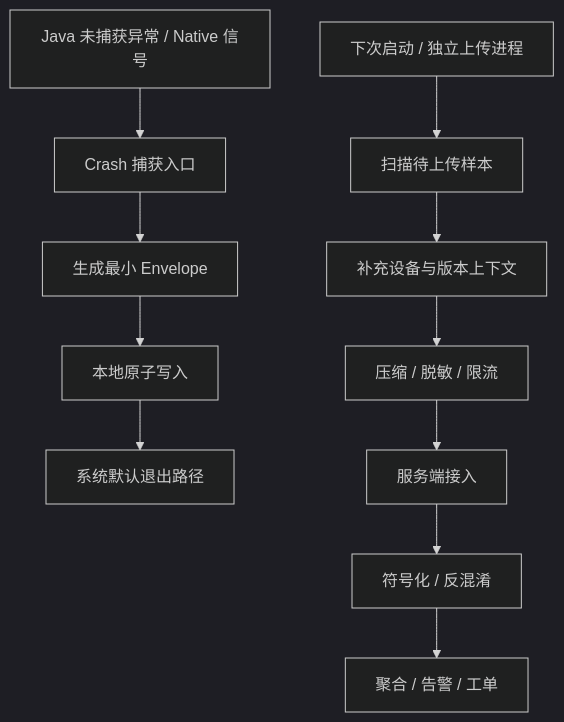
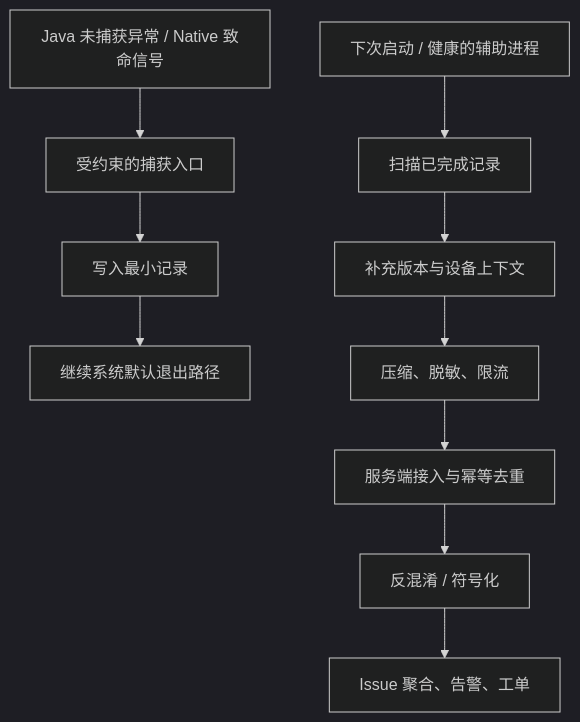
The diagram in src/part5-app/ch26-observability/02-crash-reporting.md (Gracker/android-internals-wiki), drawn with Mermaid (dark theme) before and after one commit. The commit also changed other lines of this file, not shown here.

Commit message:
docs(ch26): correct Android 17 crash reporting boundaries

````diff
--- a/src/part5-app/ch26-observability/02-crash-reporting.md
+++ b/src/part5-app/ch26-observability/02-crash-reporting.md
@@ -110,13 +111,12 @@
 ```mermaid
 flowchart TD
-  A[Java 未捕获异常 / Native 信号] --> B[Crash 捕获入口]
-  B --> C[生成最小 Envelope]
-  C --> D[本地原子写入]
-  D --> E[系统默认退出路径]
-  F[下次启动 / 独立上传进程] --> G[扫描待上传样本]
-  G --> H[补充设备与版本上下文]
-  H --> I[压缩 / 脱敏 / 限流]
-  I --> J[服务端接入]
-  J --> K[符号化 / 反混淆]
-  K --> L[聚合 / 告警 / 工单]
+  A["Java 未捕获异常 / Native 致命信号"] --> B["受约束的捕获入口"]
+  B --> C["写入最小记录"]
+  C --> D["继续系统默认退出路径"]
+  E["下次启动 / 健康的辅助进程"] --> F["扫描已完成记录"]
+  F --> G["补充版本与设备上下文"]
+  G --> H["压缩、脱敏、限流"]
+  H --> I["服务端接入与幂等去重"]
+  I --> J["反混淆 / 符号化"]
+  J --> K["Issue 聚合、告警、工单"]
 ```
````
